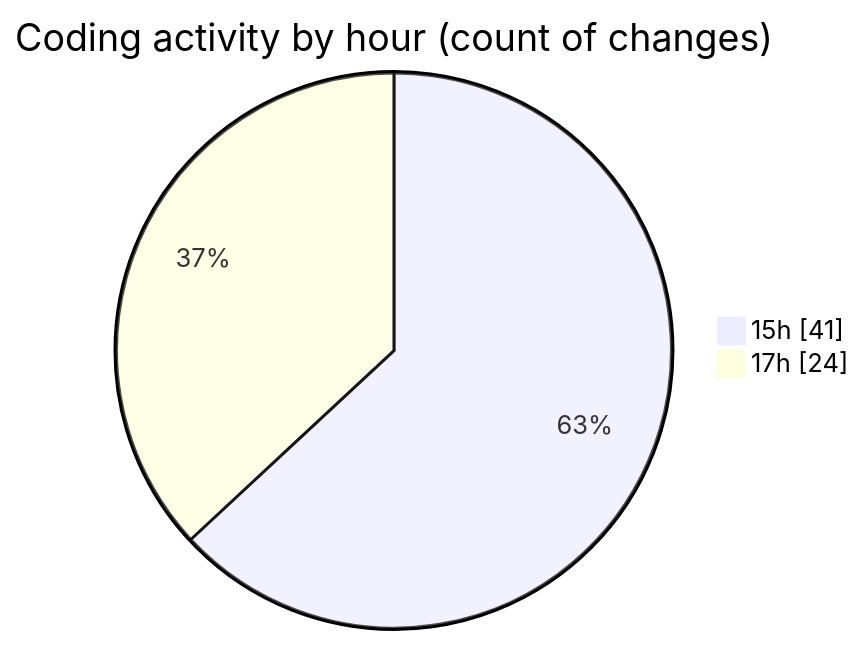
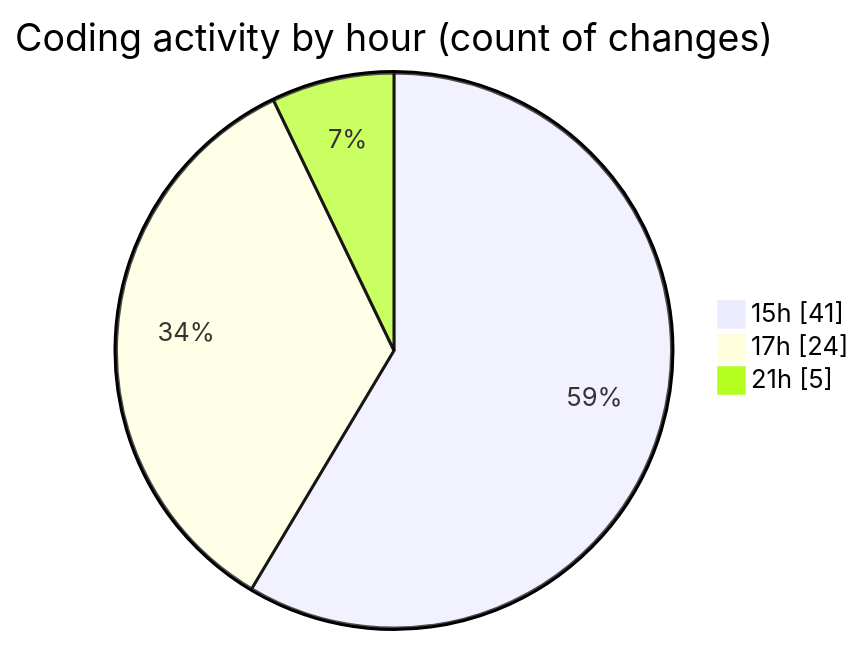
The second of 2 diagrams in 2025-10-26/skintrack/README.md (Netris89/code-tracking), drawn with Mermaid before and after one commit. The commit also changed other lines of this file and 1 other file, not shown here.

````diff
--- a/2025-10-26/skintrack/README.md
+++ b/2025-10-26/skintrack/README.md
@@ -36,6 +37,7 @@
 ```mermaid
 pie showData
 title Coding activity by hour (count of changes)
 "15h" : 41
 "17h" : 24
+"21h" : 5
 ```
````
